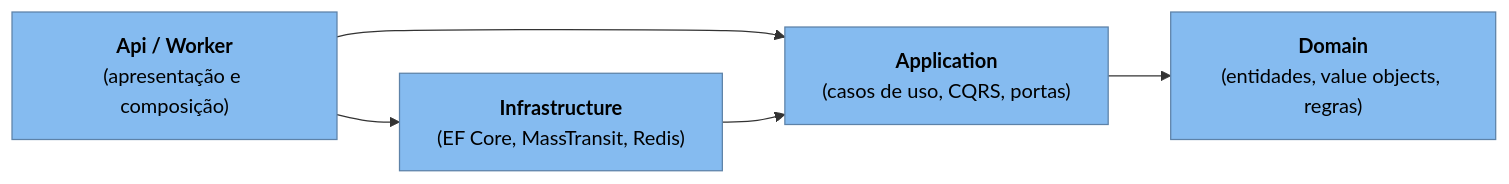
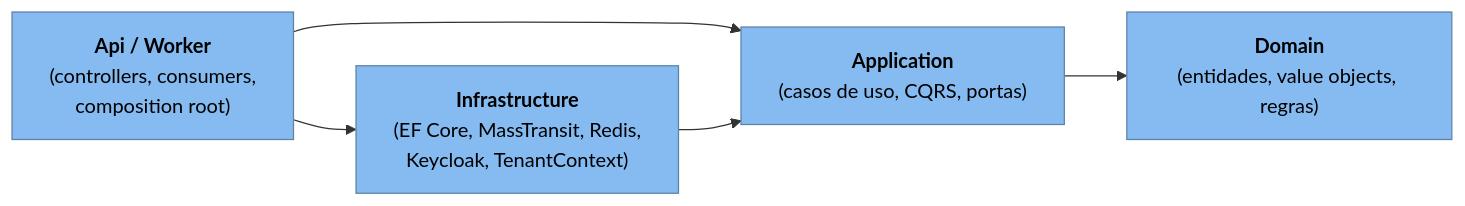
The first of 6 diagrams in docs/architecture/c4-3-componentes.md (igorwaterloo/Verx-desafio20260922), drawn with Mermaid before and after one commit. The commit also changed other lines of this file and 3 other files, not shown here.

First line of the commit message:
docs(c4): atualiza diagramas para SaaS

````diff
--- a/docs/architecture/c4-3-componentes.md
+++ b/docs/architecture/c4-3-componentes.md
@@ -7,10 +7,10 @@
 ```mermaid
 flowchart LR
-    api["<b>Api / Worker</b><br/>(apresentação e composição)"] --> app["<b>Application</b><br/>(casos de uso, CQRS, portas)"]
-    infra["<b>Infrastructure</b><br/>(EF Core, MassTransit, Redis)"] --> app
+    api["<b>Api / Worker</b><br/>(controllers, consumers,<br/>composition root)"] --> app["<b>Application</b><br/>(casos de uso, CQRS, portas)"]
+    infra["<b>Infrastructure</b><br/>(EF Core, MassTransit, Redis,<br/>Keycloak, TenantContext)"] --> app
     app --> dom["<b>Domain</b><br/>(entidades, value objects, regras)"]
     api --> infra
 
     classDef l fill:#85bbf0,stroke:#5d82a8,color:#000
     class api,app,infra,dom l
 ```
````
